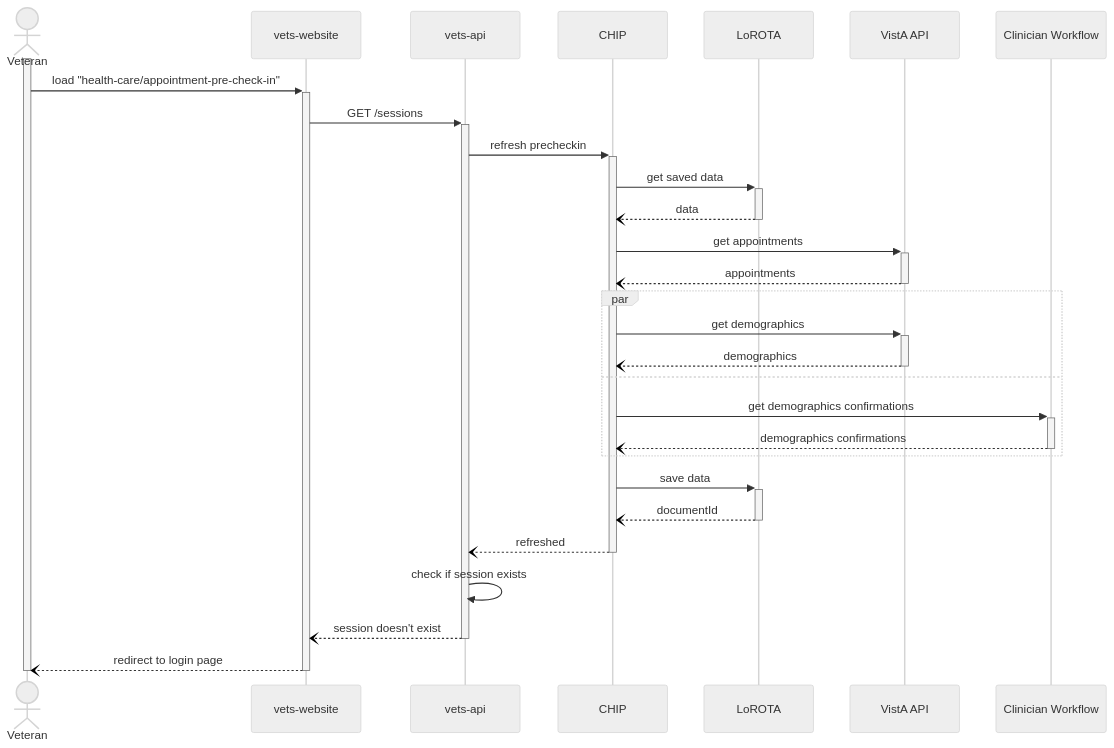
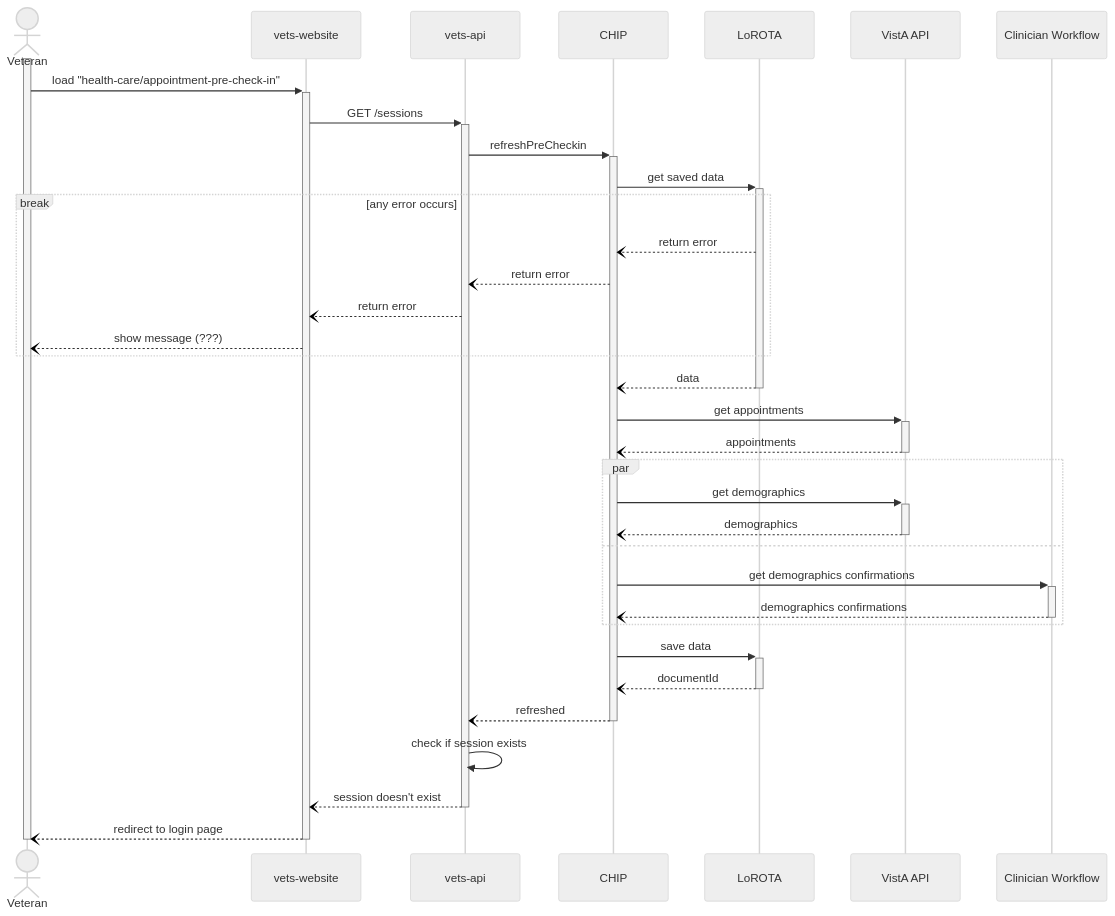
One commit to department-of-veterans-affairs/va.gov-team changed the third of 5 diagrams in products/health-care/checkin/engineering/architecture-diagrams/sequenceDiagram_preCheckInExp.md. Above: the diagram before and after it, drawn with Mermaid (neutral theme). The commit also changed other lines of this file, not shown here.

````diff
--- a/products/health-care/checkin/engineering/architecture-diagrams/sequenceDiagram_preCheckInExp.md
+++ b/products/health-care/checkin/engineering/architecture-diagrams/sequenceDiagram_preCheckInExp.md
@@ -85,35 +85,42 @@
 ```mermaid
 sequenceDiagram
   actor vet as Veteran
   participant web as vets-website
   participant api as vets-api
   participant c as CHIP
   participant l as LoROTA
   participant va as VistA API
   participant cw as Clinician Workflow
 
   activate vet
 
   vet->>+web: load "health-care/appointment-pre-check-in"
   web->>+api: GET /sessions
-  api->>+c: refresh precheckin
+  api->>+c: refreshPreCheckin
 
   c->>+l: get saved data
+  break any error occurs
+    l--)c: return error
+    c--)api: return error
+    api--)web: return error
+    web--)vet: show message (???)
+  end
   l--)-c: data
+
   c->>+va: get appointments
   va--)-c: appointments
   par
     c->>+va: get demographics
     va--)-c: demographics
   and
     c->>+cw: get demographics confirmations
     cw--)-c: demographics confirmations
   end
   c->>+l: save data
   l--)-c: documentId
   c--)-api: refreshed
   api->>api: check if session exists
   api--)-web: session doesn't exist
   web--)-vet: redirect to login page
   deactivate vet
 ```
````
